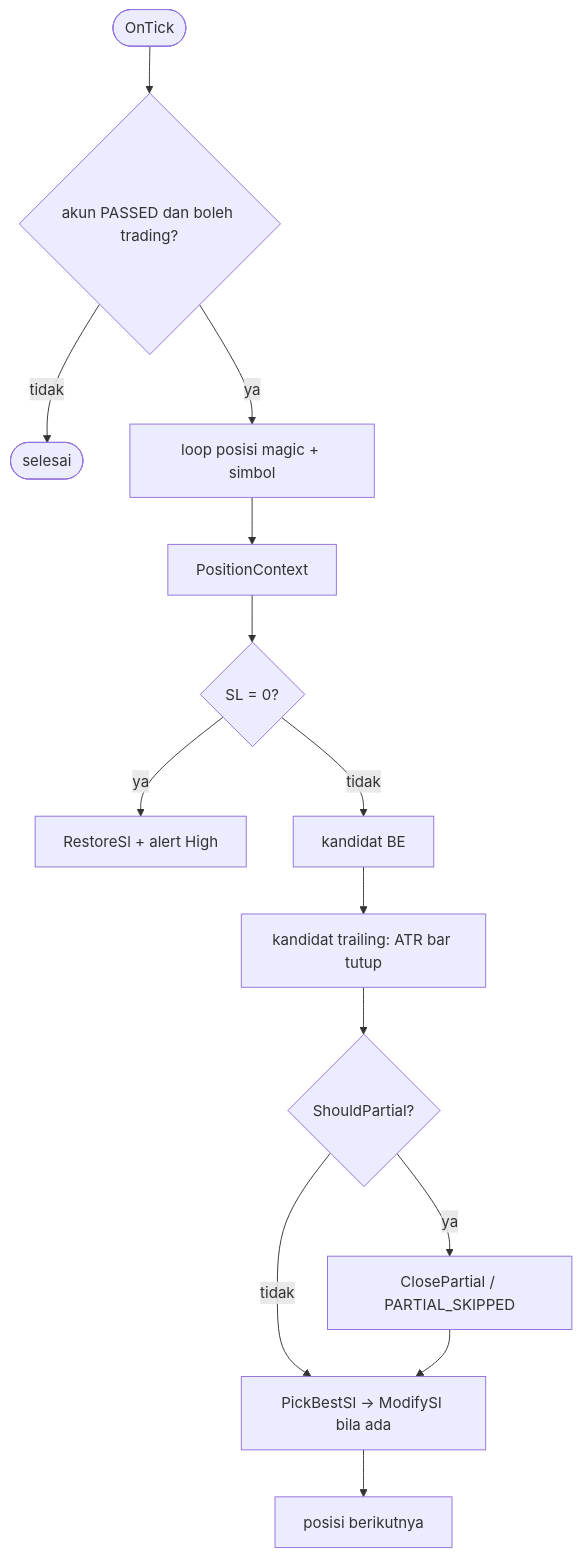
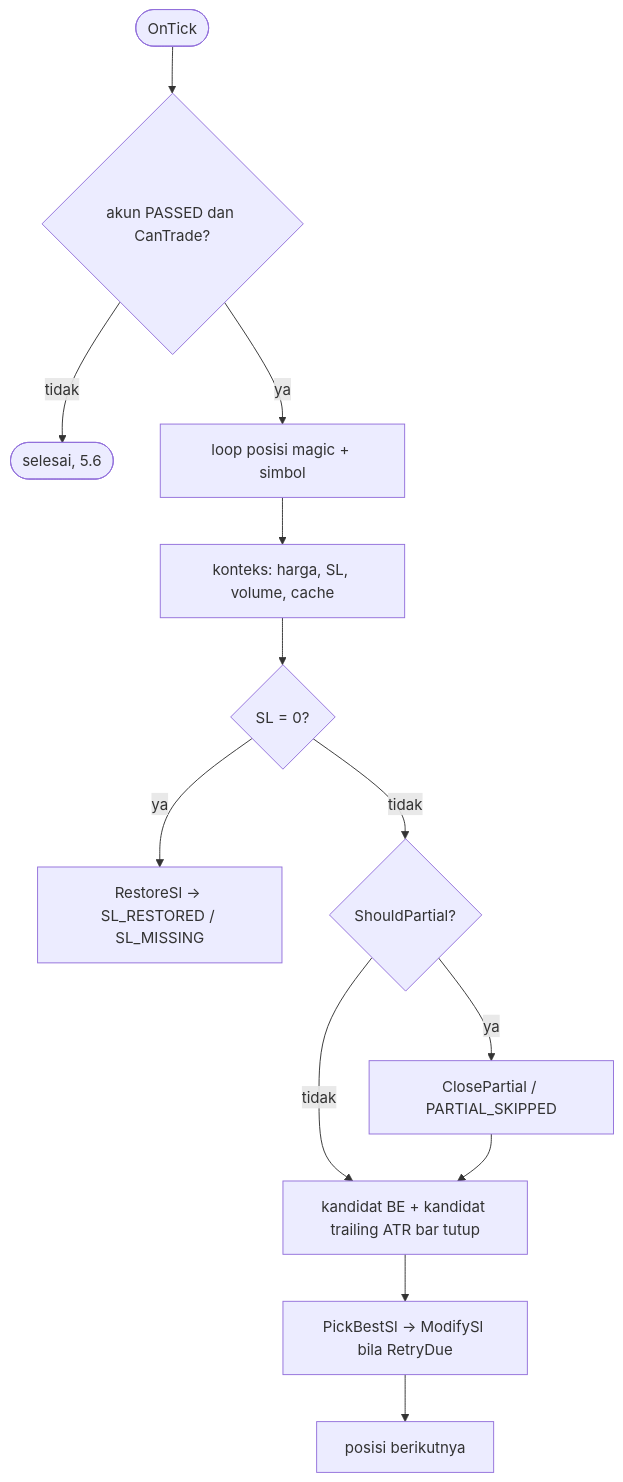
Before and after one commit to ndra969/trading-bot: the second of 2 diagrams in sdbot/specs/ea-06-position/design.md, drawn with Mermaid. The commit also changed other lines of this file and 36 other files, not shown here.

````diff
--- a/sdbot/specs/ea-06-position/design.md
+++ b/sdbot/specs/ea-06-position/design.md
@@ -70,16 +119,15 @@
 ```mermaid
 flowchart TB
-    T([OnTick]) --> V{akun PASSED dan boleh trading?}
-    V -->|tidak| X([selesai])
+    T([OnTick]) --> V{akun PASSED dan CanTrade?}
+    V -->|tidak| X([selesai, 5.6])
     V -->|ya| L[loop posisi magic + simbol]
-    L --> C[PositionContext]
+    L --> C[konteks: harga, SL, volume, cache]
     C --> S0{SL = 0?}
-    S0 -->|ya| RS[RestoreSl + alert High]
-    S0 -->|tidak| BE[kandidat BE]
-    BE --> TR[kandidat trailing: ATR bar tutup]
-    TR --> P{ShouldPartial?}
+    S0 -->|ya| RS[RestoreSl → SL_RESTORED / SL_MISSING]
+    S0 -->|tidak| P{ShouldPartial?}
     P -->|ya| PC[ClosePartial / PARTIAL_SKIPPED]
-    P -->|tidak| M
-    PC --> M[PickBestSl → ModifySl bila ada]
+    P -->|tidak| BE
+    PC --> BE[kandidat BE + kandidat trailing ATR bar tutup]
+    BE --> M[PickBestSl → ModifySl bila RetryDue]
     M --> N[posisi berikutnya]
 ```
````
